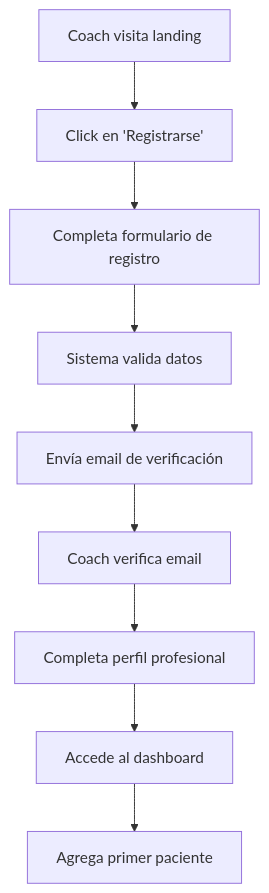
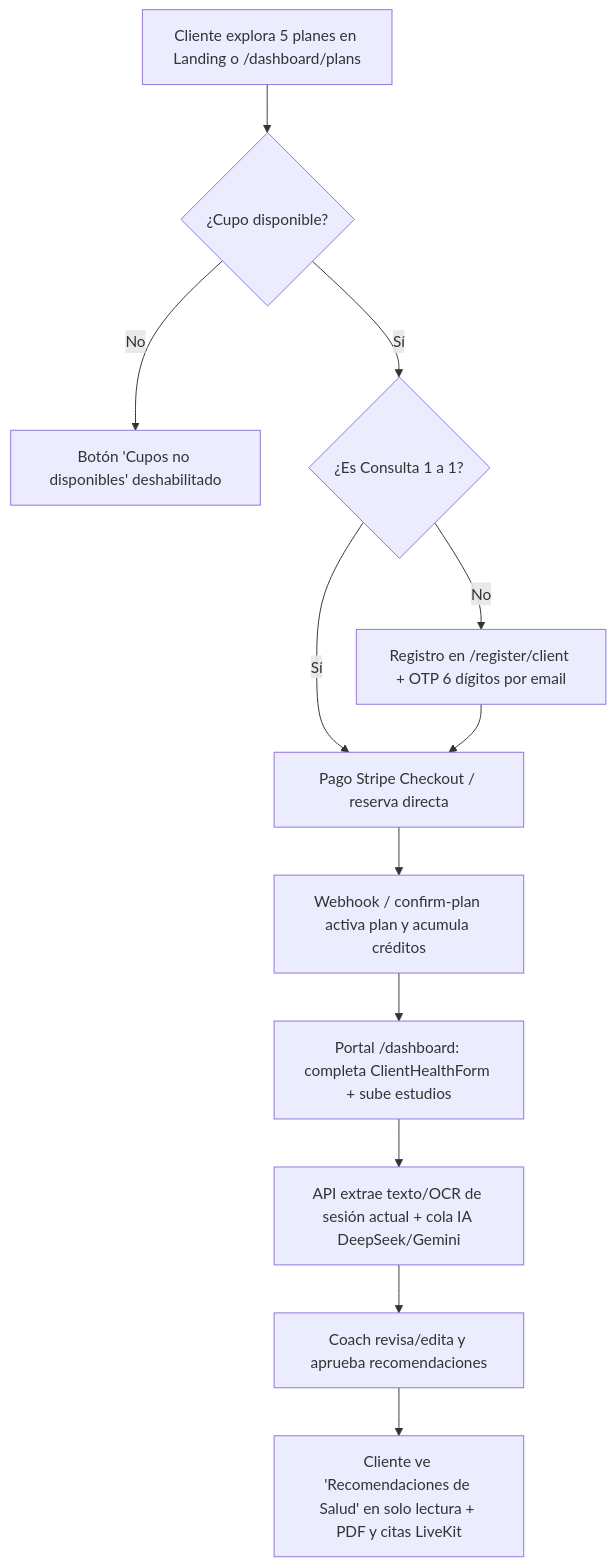
One commit to pantokrator14/NELHEALTHCOACH changed the first of 2 diagrams in docs/PRD.md. Above: the diagram before and after it, drawn with Mermaid. The commit also changed other lines of this file and 26 other files, not shown here.

Commit message:
feat(portal,ai,docs): refine client portal UX, video schedule gating, plan-specific AI weeks, and update PRDs/README to v1.5.0

````diff
--- a/docs/PRD.md
+++ b/docs/PRD.md
@@ -591,11 +373,14 @@
 ```mermaid
 graph TD
-    A[Coach visita landing] --> B[Click en 'Registrarse']
-    B --> C[Completa formulario de registro]
-    C --> D[Sistema valida datos]
-    D --> E[Envía email de verificación]
-    E --> F[Coach verifica email]
-    F --> G[Completa perfil profesional]
-    G --> H[Accede al dashboard]
-    H --> I[Agrega primer paciente]
+    A[Cliente explora 5 planes en Landing o /dashboard/plans] --> B{¿Cupo disponible?}
+    B -- No --> C[Botón 'Cupos no disponibles' deshabilitado]
+    B -- Sí --> D{¿Es Consulta 1 a 1?}
+    D -- Sí --> E[Pago Stripe Checkout / reserva directa]
+    D -- No --> F[Registro en /register/client + OTP 6 dígitos por email]
+    F --> E
+    E --> G[Webhook / confirm-plan activa plan y acumula créditos]
+    G --> H[Portal /dashboard: completa ClientHealthForm + sube estudios]
+    H --> I[API extrae texto/OCR de sesión actual + cola IA DeepSeek/Gemini]
+    I --> J[Coach revisa/edita y aprueba recomendaciones]
+    J --> K[Cliente ve 'Recomendaciones de Salud' en solo lectura + PDF y citas LiveKit]
 ```
````
